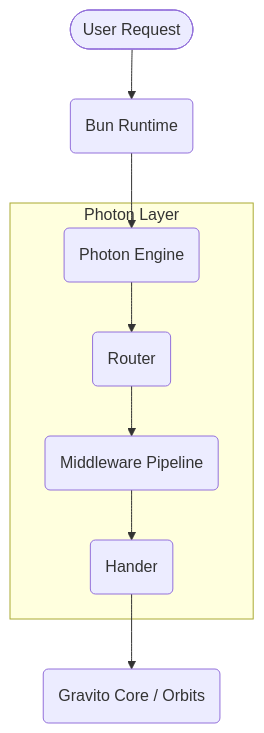
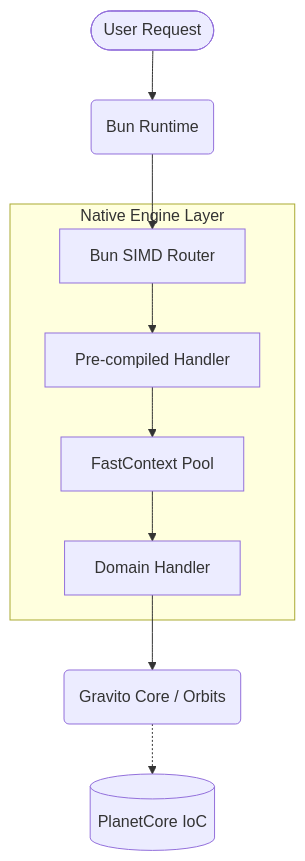
One commit to CarlLee1983/gravito changed the first of 2 diagrams in packages/photon/doc/ARCHITECTURE.md. Above: the diagram before and after it, drawn with Mermaid. The commit also changed other lines of this file and 2 other files, not shown here.

First line of the commit message:
docs: [photon/core] Update documentation for Bun 1.39+ native optimizations

````diff
--- a/packages/photon/doc/ARCHITECTURE.md
+++ b/packages/photon/doc/ARCHITECTURE.md
@@ -19,11 +20,12 @@
 ```mermaid
 graph TD
     User([User Request]) --> B(Bun Runtime)
-    B --> P(Photon Engine)
-    subgraph Photon Layer
-        P --> R(Router)
-        R --> M(Middleware Pipeline)
-        M --> H(Hander)
+    B --> SIMD[Bun SIMD Router]
+    subgraph Native Engine Layer
+        SIMD --> AOT[Pre-compiled Handler]
+        AOT --> Pool[FastContext Pool]
+        Pool --> Handler[Domain Handler]
     end
-    H --> C(Gravito Core / Orbits)
+    Handler --> C(Gravito Core / Orbits)
+    C -.-> IoC[(PlanetCore IoC)]
 ```
````
